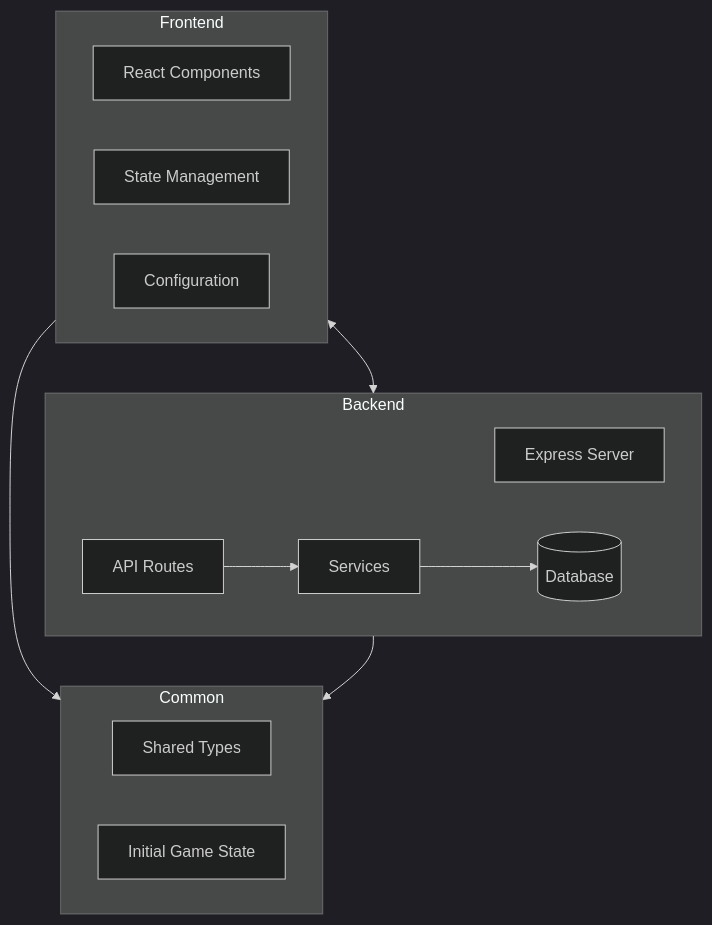
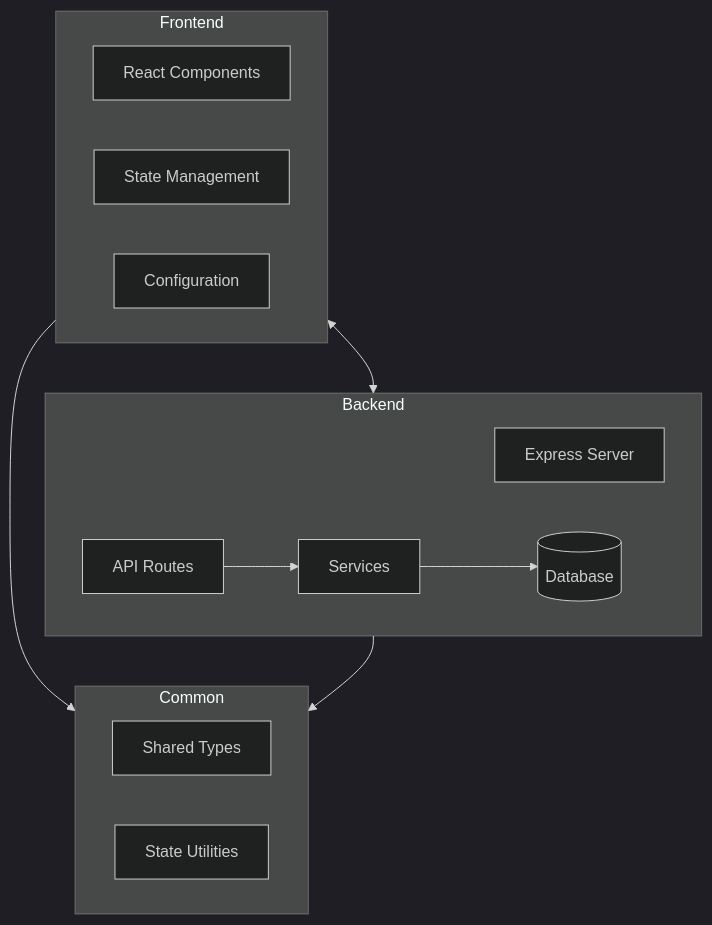
Before and after one commit to fbasas/bball-playback: the first of 2 diagrams in README.md, drawn with Mermaid (dark theme). The commit also changed other lines of this file and 9 other files, not shown here.

Commit message:
fbasas: Removed demo game state, returned initial game states in the initGame and announceLineups endpoints, changed frontend to reflect

````diff
--- a/README.md
+++ b/README.md
@@ -13,26 +13,26 @@
 ```mermaid
 graph TD
     subgraph Frontend
         React[React Components]
         State[State Management]
         Config[Configuration]
     end
     
     subgraph Common
         Types[Shared Types]
-        InitialState[Initial Game State]
+        StateUtils[State Utilities]
     end
     
     subgraph Backend
         Express[Express Server]
         Routes[API Routes]
         Services[Services]
         DB[(Database)]
     end
     
     Frontend --> Common
     Backend --> Common
     Frontend <--> Backend
     Services --> DB
     Routes --> Services
 ```
````
